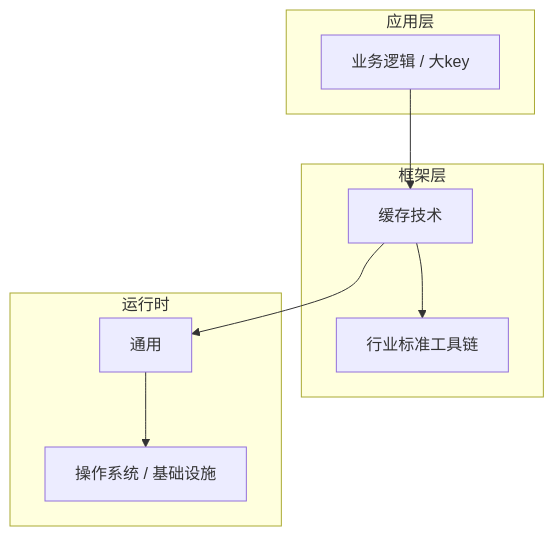
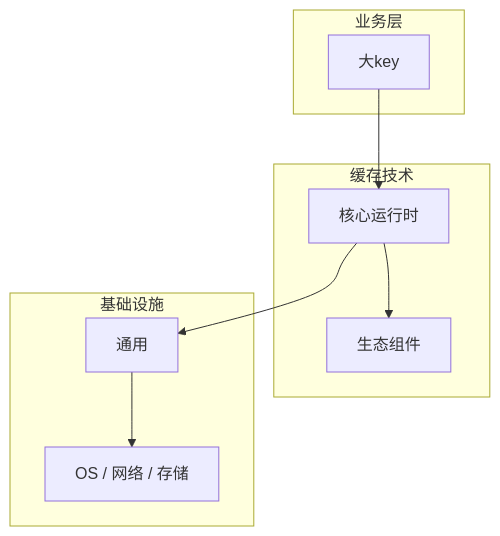
Before and after one commit to yanggan2015/knowledge-json-v2: the diagram in articles/缓存技术/chapters/066-大key核心概念与原理.md, drawn with Mermaid. The commit also changed other lines of this file and 10127 other files, not shown here.

````diff
--- a/articles/缓存技术/chapters/066-大key核心概念与原理.md
+++ b/articles/缓存技术/chapters/066-大key核心概念与原理.md
@@ -45,18 +34,18 @@
 ```mermaid
 graph TB
-    subgraph 应用层
-        A[业务逻辑 / 大key]
+    subgraph 业务层
+        A[大key]
     end
-    subgraph 框架层
-        B[缓存技术]
-        C[行业标准工具链]
+    subgraph 缓存技术
+        B[核心运行时]
+        C[生态组件]
     end
-    subgraph 运行时
+    subgraph 基础设施
         D[通用]
-        E[操作系统 / 基础设施]
+        E[OS / 网络 / 存储]
     end
     A --> B
     B --> C
     B --> D
     D --> E
 ```
````
